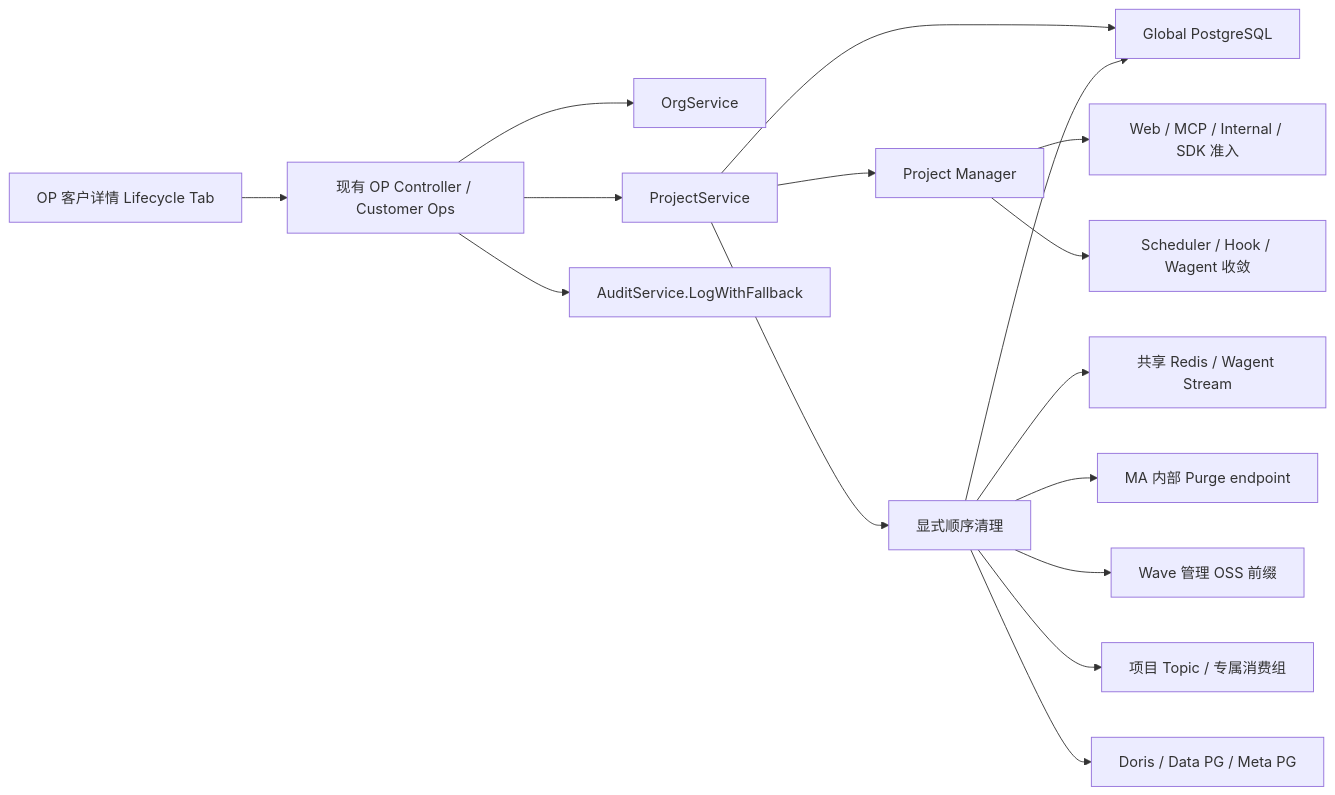
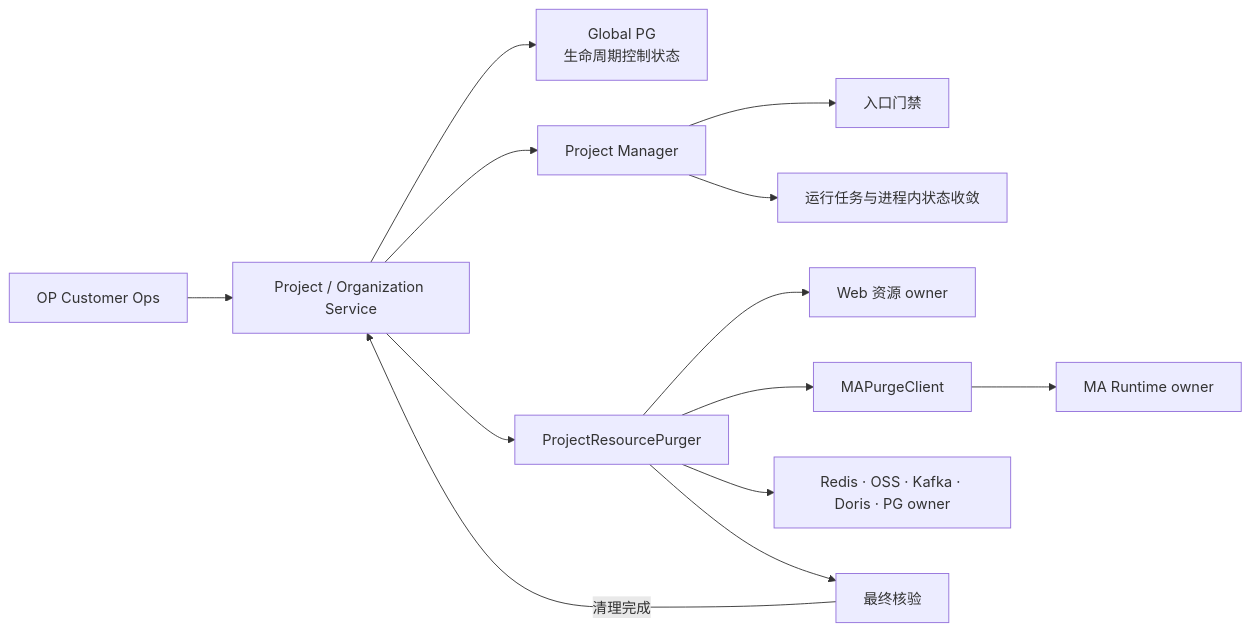
One commit to qinwenshiCH/workflow changed the first of 23 diagrams in specs/20260716-Wave-Refac-OrganizationProjectLifecycle/04-detail.md. Above: the diagram before and after it, drawn with Mermaid. The commit also changed other lines of this file and 4 other files, not shown here.

````diff
--- a/specs/20260716-Wave-Refac-OrganizationProjectLifecycle/04-detail.md
+++ b/specs/20260716-Wave-Refac-OrganizationProjectLifecycle/04-detail.md
@@ -38,21 +40,17 @@
 ```mermaid
 flowchart LR
-    OP["OP 客户详情 Lifecycle Tab"] --> API["现有 OP Controller / Customer Ops"]
-    API --> Org["OrgService"]
-    API --> Project["ProjectService"]
-    API --> Audit["AuditService.LogWithFallback"]
+    OP["OP Customer Ops"] --> Service["Project / Organization Service"]
+    Service --> Global["Global PG<br/>生命周期控制状态"]
+    Service --> PM["Project Manager"]
+    Service --> Purger["ProjectResourcePurger"]
 
-    Project --> Global["Global PostgreSQL"]
-    Project --> PM["Project Manager"]
-    Project --> Purge["显式顺序清理"]
+    PM --> Gate["入口门禁"]
+    PM --> Runtime["运行任务与进程内状态收敛"]
 
-    PM --> Admission["Web / MCP / Internal / SDK 准入"]
-    PM --> Runtime["Scheduler / Hook / Wagent 收敛"]
-
-    Purge --> SharedRedis["共享 Redis / Wagent Stream"]
-    Purge --> MA["MA 内部 Purge endpoint"]
-    Purge --> OSS["Wave 管理 OSS 前缀"]
-    Purge --> Kafka["项目 Topic / 专属消费组"]
-    Purge --> Stores["Doris / Data PG / Meta PG"]
-    Purge --> Global
+    Purger --> WebOwner["Web 资源 owner"]
+    Purger --> MAClient["MAPurgeClient"]
+    MAClient --> MARuntime["MA Runtime owner"]
+    Purger --> InfraOwner["Redis · OSS · Kafka · Doris · PG owner"]
+    Purger --> FinalVerify["最终核验"]
+    FinalVerify -->|"清理完成"| Service
 ```
````
